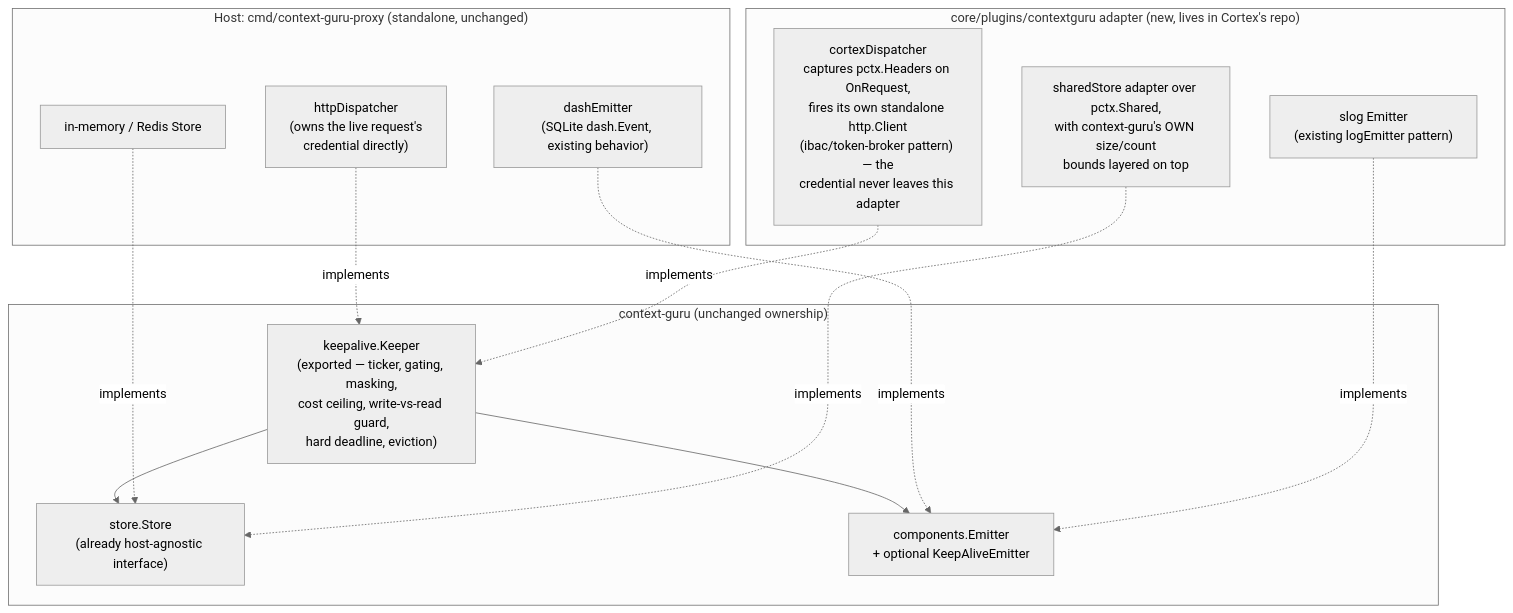
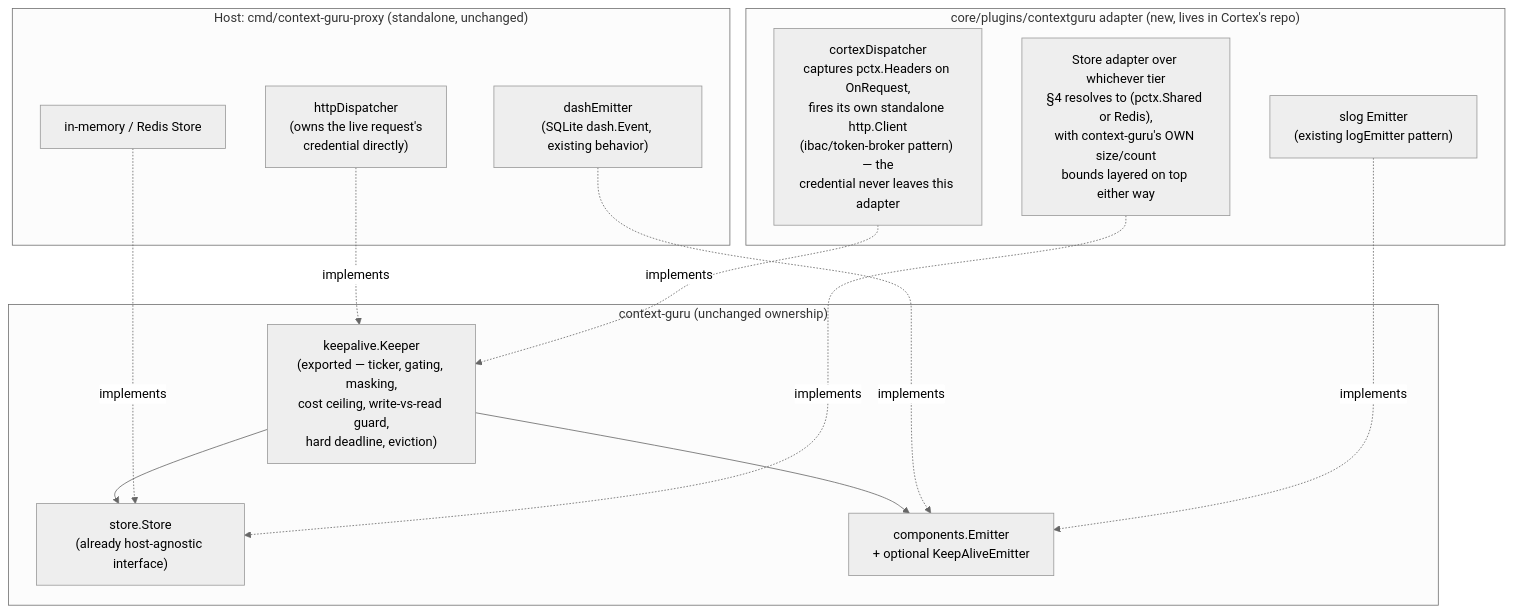
One commit to rossoctl/context-guru changed the second of 5 diagrams in docs/proposals/cortex-integration.md. Above: the diagram before and after it, drawn with Mermaid (neutral theme). The commit also changed other lines of this file, not shown here.

````diff
--- a/docs/proposals/cortex-integration.md
+++ b/docs/proposals/cortex-integration.md
@@ -95,29 +176,29 @@
 ```mermaid
 graph TB
     subgraph ContextGuru["context-guru (unchanged ownership)"]
         KA["keepalive.Keeper<br/>(exported — ticker, gating, masking,<br/>cost ceiling, write-vs-read guard,<br/>hard deadline, eviction)"]
         ST["store.Store<br/>(already host-agnostic interface)"]
         EM["components.Emitter<br/>+ optional KeepAliveEmitter"]
         KA --> ST
         KA --> EM
     end
 
     subgraph Host1["Host: cmd/context-guru-proxy (standalone, unchanged)"]
         D1["httpDispatcher<br/>(owns the live request's<br/>credential directly)"]
         E1["dashEmitter<br/>(SQLite dash.Event, existing behavior)"]
         S1["in-memory / Redis Store"]
     end
 
     subgraph Host2["core/plugins/contextguru adapter (new, lives in Cortex's repo)"]
         D2["cortexDispatcher<br/>captures pctx.Headers on OnRequest,<br/>fires its own standalone http.Client<br/>(ibac/token-broker pattern) — the<br/>credential never leaves this adapter"]
         E2["slog Emitter<br/>(existing logEmitter pattern)"]
-        S2["sharedStore adapter over pctx.Shared,<br/>with context-guru's OWN size/count<br/>bounds layered on top"]
+        S2["Store adapter over whichever tier<br/>§4 resolves to (pctx.Shared or Redis),<br/>with context-guru's OWN size/count<br/>bounds layered on top either way"]
     end
 
     D1 -. implements .-> KA
     E1 -. implements .-> EM
     S1 -. implements .-> ST
     D2 -. implements .-> KA
     E2 -. implements .-> EM
     S2 -. implements .-> ST
 ```
````
